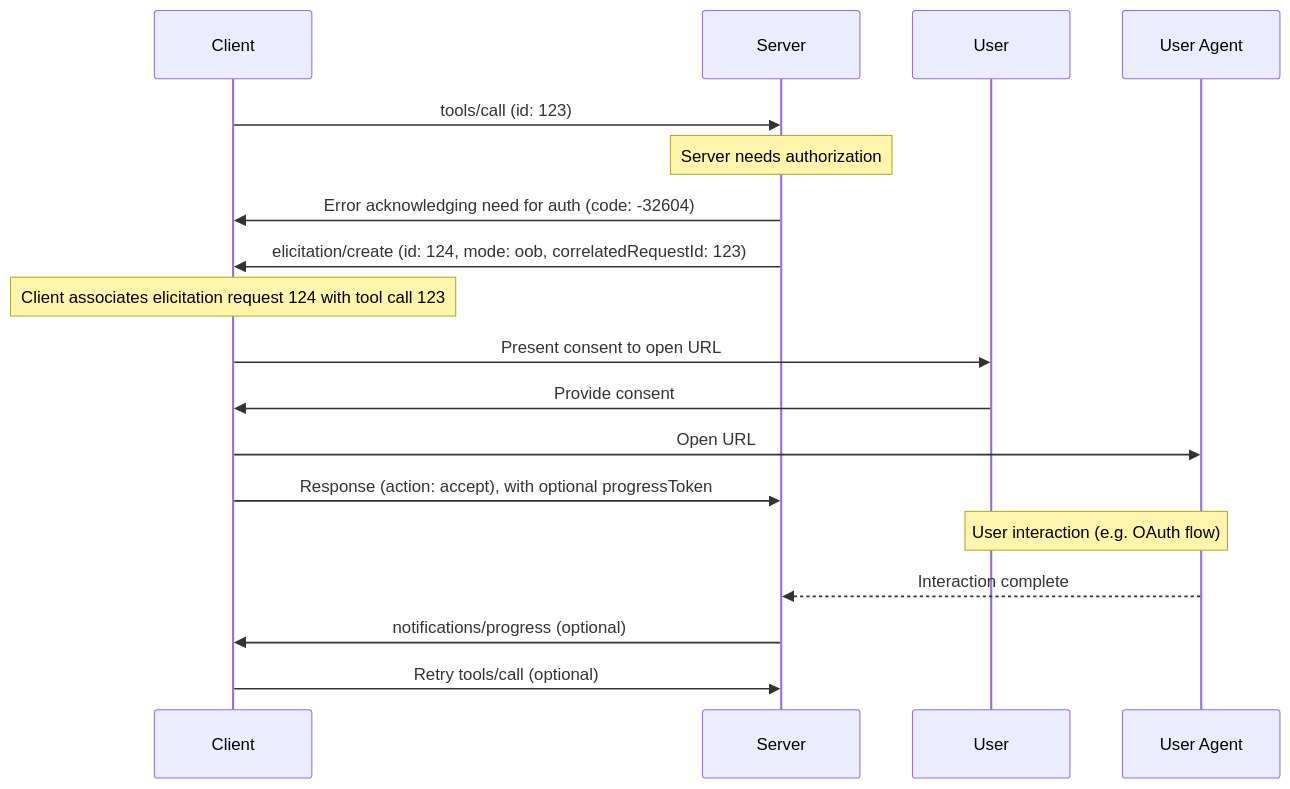
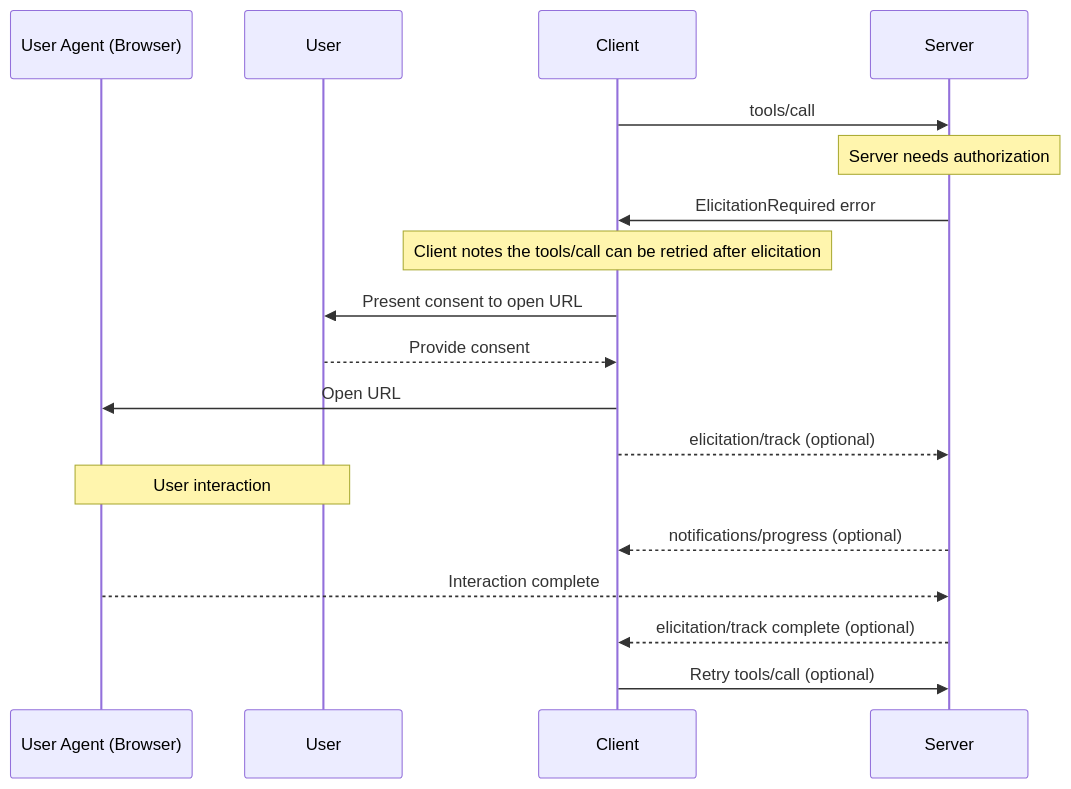
The third of 3 diagrams in docs/specification/draft/client/elicitation.mdx (ArcadeAI/modelcontextprotocol), drawn with Mermaid before and after one commit. The commit also changed other lines of this file, not shown here.

Commit message:
WIP: elicitation revision

````diff
--- a/docs/specification/draft/client/elicitation.mdx
+++ b/docs/specification/draft/client/elicitation.mdx
@@ -379,27 +386,27 @@
 ```mermaid
 sequenceDiagram
+    participant UserAgent as User Agent (Browser)
+    participant User
     participant Client
     participant Server
-    participant User
-    participant UserAgent as User Agent
 
-    Client->>Server: tools/call (id: 123)
+    Client->>Server: tools/call
 
     Note over Server: Server needs authorization
-    Server->>Client: Error acknowledging need for auth (code: -32604)
-    Server->>Client: elicitation/create (id: 124, mode: oob, correlatedRequestId: 123)
-    Note over Client: Client associates elicitation request 124 with tool call 123
+    Server->>Client: ElicitationRequired error
+    Note over Client: Client notes the tools/call can be retried after elicitation
 
     Client->>User: Present consent to open URL
-    User->>Client: Provide consent
+    User-->>Client: Provide consent
 
     Client->>UserAgent: Open URL
-    Client->>Server: Response (action: accept), with optional progressToken
+    Client-->>Server: elicitation/track (optional)
 
-    Note over User,UserAgent: User interaction (e.g. OAuth flow)
+    Note over User,UserAgent: User interaction
+    Server-->>Client: notifications/progress (optional)
+
     UserAgent-->>Server: Interaction complete
-
-    Server->>Client: notifications/progress (optional)
+    Server-->>Client: elicitation/track complete (optional)
 
     Client->>Server: Retry tools/call (optional)
 ```
````
